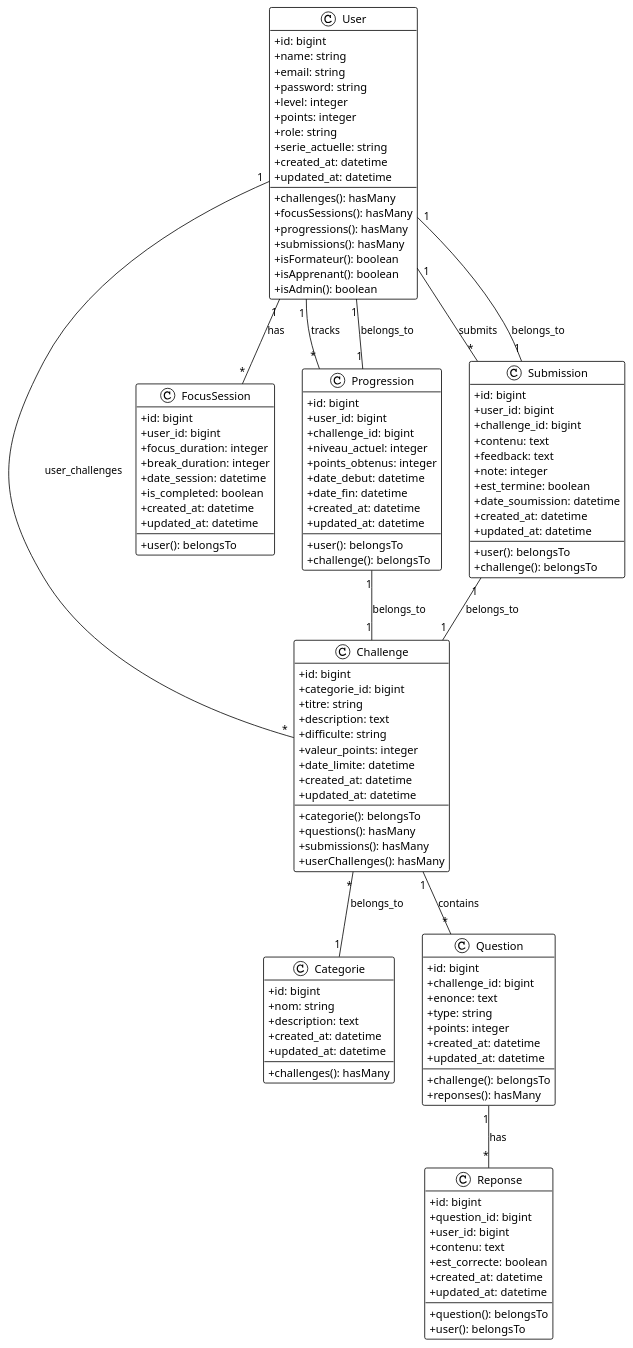
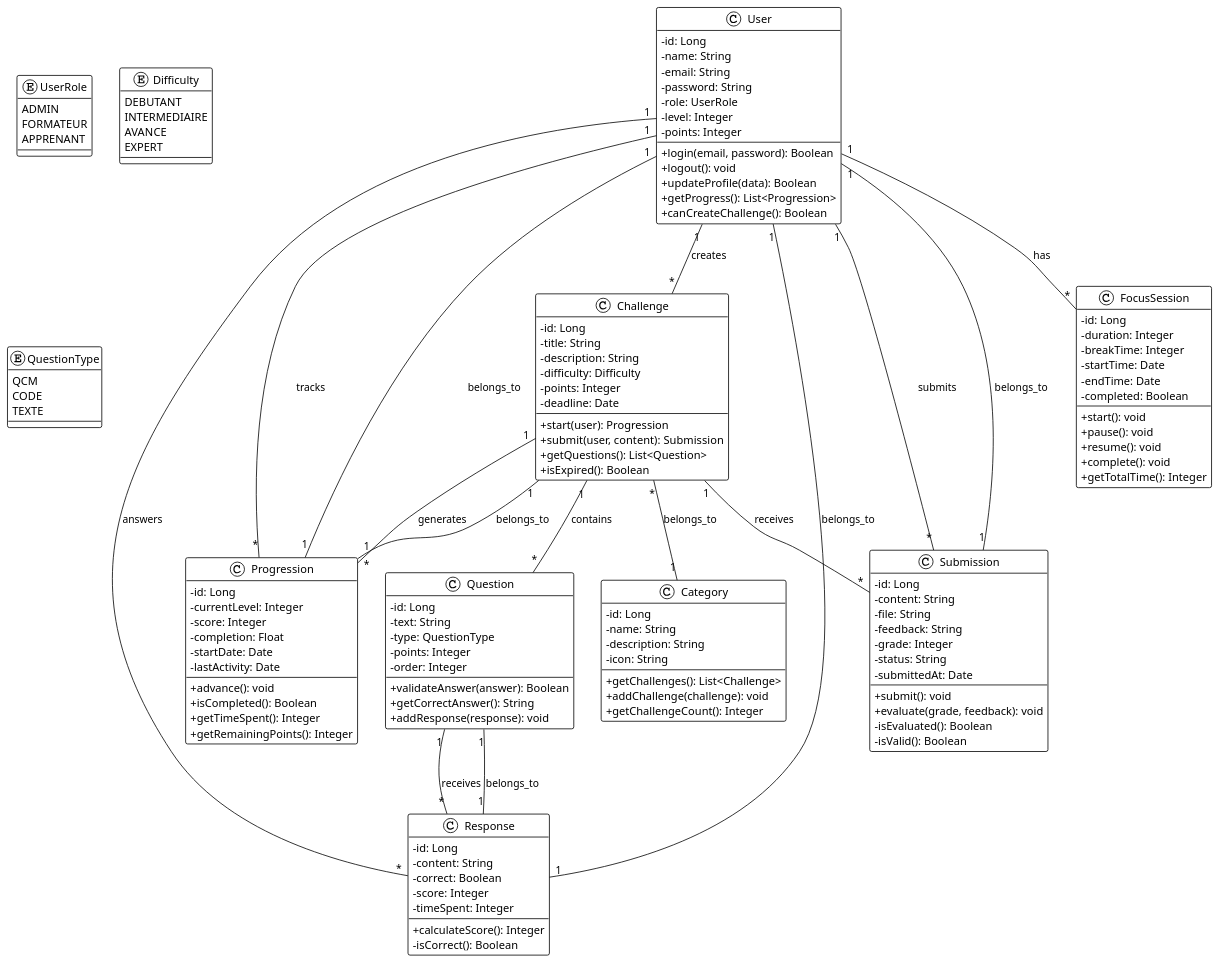
Before and after one commit to ezraidimariam/DEV_UP-: the diagram in dev-up/class_diagram.puml, drawn with PlantUML. The commit also changed 3 other files, not shown here.

Commit message:
Add project export files for Claude analysis - database schema, models summary, and project documentation

```diff
--- a/dev-up/class_diagram.puml
+++ b/dev-up/class_diagram.puml
@@ -1,137 +1,156 @@
-@startuml DEV_UP_Simplified_Class_Diagram
+@startuml DEV_UP_Class_Diagram
 
 !theme plain
 skinparam classAttributeIconSize 0
 
+' Enums
+enum UserRole {
+    ADMIN
+    FORMATEUR  
+    APPRENANT
+}
+
+enum Difficulty {
+    DEBUTANT
+    INTERMEDIAIRE
+    AVANCE
+    EXPERT
+}
+
+enum QuestionType {
+    QCM
+    CODE
+    TEXTE
+}
+
+' Core Classes
 class User {
-    +id: bigint
-    +name: string
-    +email: string
-    +password: string
-    +level: integer
-    +points: integer
-    +role: string
-    +serie_actuelle: string
-    +created_at: datetime
-    +updated_at: datetime
+    -id: Long
+    -name: String
+    -email: String
+    -password: String
+    -role: UserRole
+    -level: Integer
+    -points: Integer
     --
-    +challenges(): hasMany
-    +focusSessions(): hasMany
-    +progressions(): hasMany
-    +submissions(): hasMany
-    +isFormateur(): boolean
-    +isApprenant(): boolean
-    +isAdmin(): boolean
+    +login(email, password): Boolean
+    +logout(): void
+    +updateProfile(data): Boolean
+    +getProgress(): List<Progression>
+    +canCreateChallenge(): Boolean
 }
 
 class Challenge {
-    +id: bigint
-    +categorie_id: bigint
-    +titre: string
-    +description: text
-    +difficulte: string
-    +valeur_points: integer
-    +date_limite: datetime
-    +created_at: datetime
-    +updated_at: datetime
+    -id: Long
+    -title: String
+    -description: String
+    -difficulty: Difficulty
+    -points: Integer
+    -deadline: Date
     --
-    +categorie(): belongsTo
-    +questions(): hasMany
-    +submissions(): hasMany
-    +userChallenges(): hasMany
+    +start(user): Progression
+    +submit(user, content): Submission
+    +getQuestions(): List<Question>
+    +isExpired(): Boolean
 }
 
 class FocusSession {
-    +id: bigint
-    +user_id: bigint
-    +focus_duration: integer
-    +break_duration: integer
-    +date_session: datetime
-    +is_completed: boolean
-    +created_at: datetime
-    +updated_at: datetime
+    -id: Long
+    -duration: Integer
+    -breakTime: Integer
+    -startTime: Date
+    -endTime: Date
+    -completed: Boolean
     --
-    +user(): belongsTo
+    +start(): void
+    +pause(): void
+    +resume(): void
+    +complete(): void
+    +getTotalTime(): Integer
 }
 
-class Categorie {
-    +id: bigint
-    +nom: string
-    +description: text
-    +created_at: datetime
-    +updated_at: datetime
+class Category {
+    -id: Long
+    -name: String
+    -description: String
+    -icon: String
     --
-    +challenges(): hasMany
+    +getChallenges(): List<Challenge>
+    +addChallenge(challenge): void
+    +getChallengeCount(): Integer
 }
 
 class Question {
-    +id: bigint
-    +challenge_id: bigint
-    +enonce: text
-    +type: string
-    +points: integer
-    +created_at: datetime
-    +updated_at: datetime
+    -id: Long
+    -text: String
+    -type: QuestionType
+    -points: Integer
+    -order: Integer
     --
-    +challenge(): belongsTo
-    +reponses(): hasMany
+    +validateAnswer(answer): Boolean
+    +getCorrectAnswer(): String
+    +addResponse(response): void
 }
 
-class Reponse {
-    +id: bigint
-    +question_id: bigint
-    +user_id: bigint
-    +contenu: text
-    +est_correcte: boolean
-    +created_at: datetime
-    +updated_at: datetime
+class Response {
+    -id: Long
+    -content: String
+    -correct: Boolean
+    -score: Integer
+    -timeSpent: Integer
     --
-    +question(): belongsTo
-    +user(): belongsTo
+    +calculateScore(): Integer
+    -isCorrect(): Boolean
 }
 
 class Progression {
-    +id: bigint
-    +user_id: bigint
-    +challenge_id: bigint
-    +niveau_actuel: integer
-    +points_obtenus: integer
-    +date_debut: datetime
-    +date_fin: datetime
-    +created_at: datetime
-    +updated_at: datetime
+    -id: Long
+    -currentLevel: Integer
+    -score: Integer
+    -completion: Float
+    -startDate: Date
+    -lastActivity: Date
     --
-    +user(): belongsTo
-    +challenge(): belongsTo
+    +advance(): void
+    +isCompleted(): Boolean
+    +getTimeSpent(): Integer
+    +getRemainingPoints(): Integer
 }
 
 class Submission {
-    +id: bigint
-    +user_id: bigint
-    +challenge_id: bigint
-    +contenu: text
-    +feedback: text
-    +note: integer
-    +est_termine: boolean
-    +date_soumission: datetime
-    +created_at: datetime
-    +updated_at: datetime
+    -id: Long
+    -content: String
+    -file: String
+    -feedback: String
+    -grade: Integer
+    -status: String
+    -submittedAt: Date
     --
-    +user(): belongsTo
-    +challenge(): belongsTo
+    +submit(): void
+    +evaluate(grade, feedback): void
+    -isEvaluated(): Boolean
+    -isValid(): Boolean
 }
 
 ' Relationships
-User "1" -- "*" Challenge : user_challenges
+User "1" -- "*" Challenge : creates
 User "1" -- "*" FocusSession : has
 User "1" -- "*" Progression : tracks
 User "1" -- "*" Submission : submits
+User "1" -- "*" Response : answers
+
 Challenge "1" -- "*" Question : contains
-Question "1" -- "*" Reponse : has
-Challenge "*" -- "1" Categorie : belongs_to
+Challenge "1" -- "*" Submission : receives
+Challenge "1" -- "*" Progression : generates
+
+Question "1" -- "*" Response : receives
+
+Challenge "*" -- "1" Category : belongs_to
+
+Submission "1" -- "1" User : belongs_to
 Progression "1" -- "1" User : belongs_to
 Progression "1" -- "1" Challenge : belongs_to
-Submission "1" -- "1" User : belongs_to
-Submission "1" -- "1" Challenge : belongs_to
+Response "1" -- "1" User : belongs_to
+Response "1" -- "1" Question : belongs_to
 
 @enduml
```
